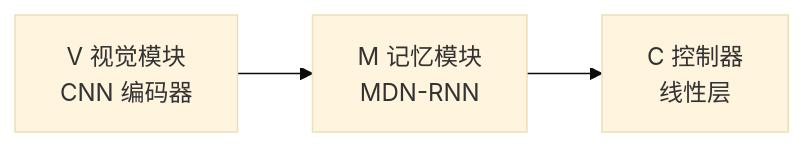
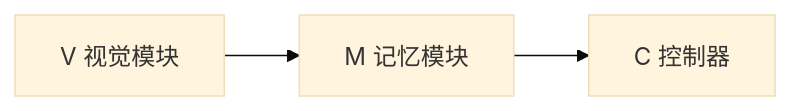
One commit to zhimin-z/learn-world-model changed the first of 2 diagrams in docs/zh/lectures/lecture-01-internal-simulation/02-four-eras.md. Above: the diagram before and after it, drawn with Mermaid (base theme). The commit also changed other lines of this file and 4 other files, not shown here.

Commit message:
Enhance lecture materials with updated diagrams and references for world models, including clarifications on STORM and new file additions for model components.

````diff
--- a/docs/zh/lectures/lecture-01-internal-simulation/02-four-eras.md
+++ b/docs/zh/lectures/lecture-01-internal-simulation/02-four-eras.md
@@ -25,4 +25,4 @@
 ```mermaid
 flowchart LR
-    V["V 视觉模块\nCNN 编码器"] --> M["M 记忆模块\nMDN-RNN"] --> C["C 控制器\n线性层"]
+    V[V 视觉模块] --> M[M 记忆模块] --> C[C 控制器]
 ```
````
